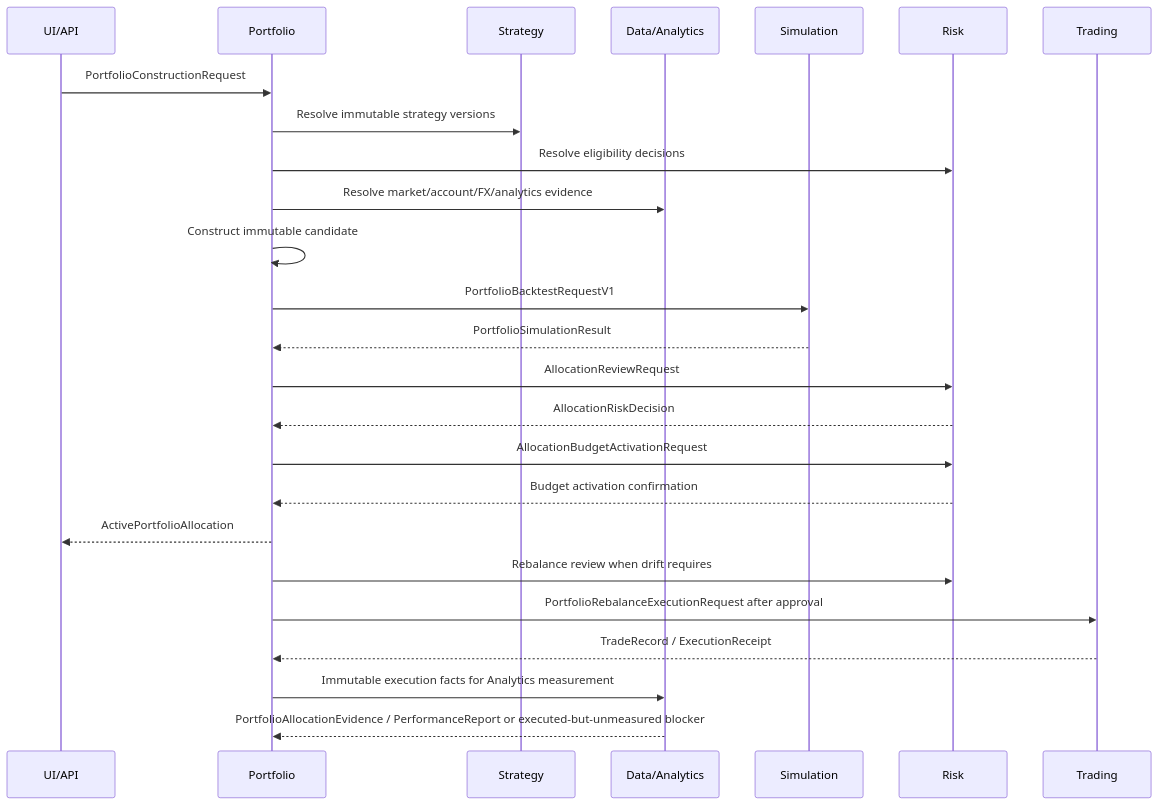
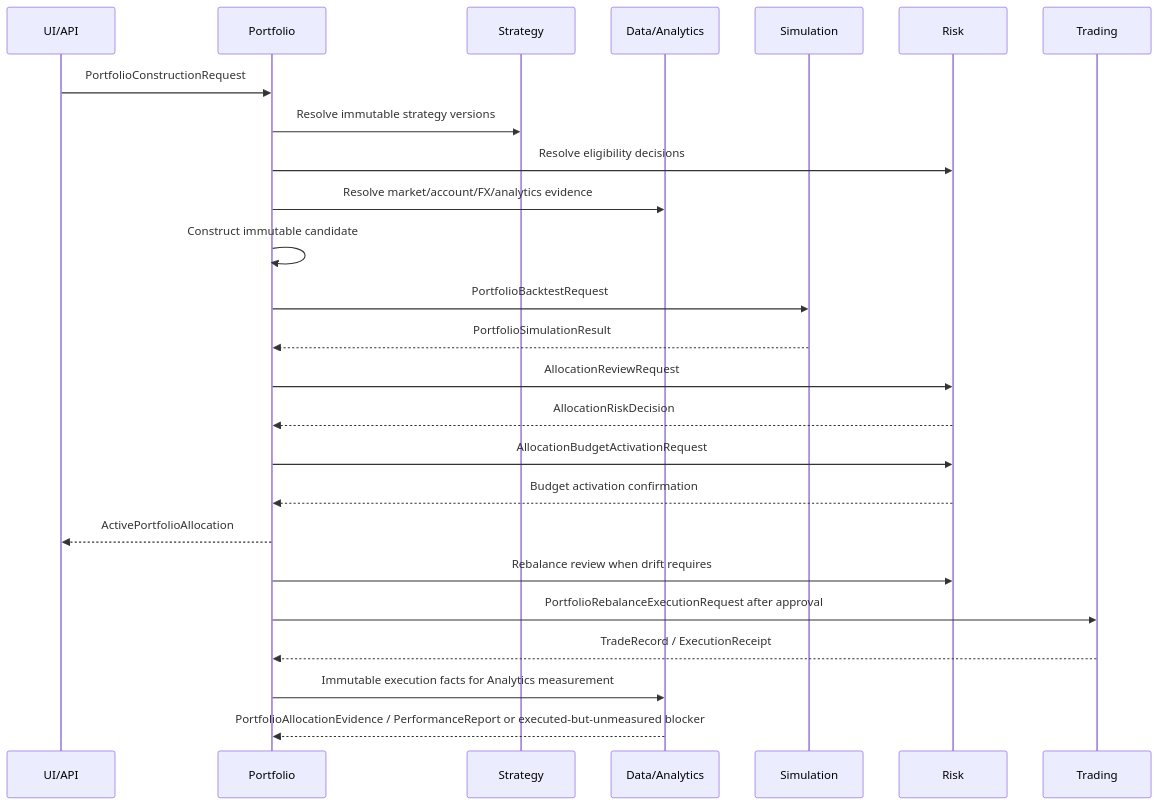
One commit to haruperi/HaruQuantAI changed the third of 3 diagrams in app/services/portfolio/README.md. Above: the diagram before and after it, drawn with Mermaid. The commit also changed other lines of this file and 9 other files, not shown here.

````diff
--- a/app/services/portfolio/README.md
+++ b/app/services/portfolio/README.md
@@ -462,27 +462,27 @@
 ```mermaid
 sequenceDiagram
     participant UI as UI/API
     participant P as Portfolio
     participant S as Strategy
     participant D as Data/Analytics
     participant Sim as Simulation
     participant R as Risk
     participant T as Trading
     UI->>P: PortfolioConstructionRequest
     P->>S: Resolve immutable strategy versions
     P->>R: Resolve eligibility decisions
     P->>D: Resolve market/account/FX/analytics evidence
     P->>P: Construct immutable candidate
-    P->>Sim: PortfolioBacktestRequestV1
+    P->>Sim: PortfolioBacktestRequest
     Sim-->>P: PortfolioSimulationResult
     P->>R: AllocationReviewRequest
     R-->>P: AllocationRiskDecision
     P->>R: AllocationBudgetActivationRequest
     R-->>P: Budget activation confirmation
     P-->>UI: ActivePortfolioAllocation
     P->>R: Rebalance review when drift requires
     P->>T: PortfolioRebalanceExecutionRequest after approval
     T-->>P: TradeRecord / ExecutionReceipt
     P->>D: Immutable execution facts for Analytics measurement
     D-->>P: PortfolioAllocationEvidence / PerformanceReport or executed-but-unmeasured blocker
 ```
````
